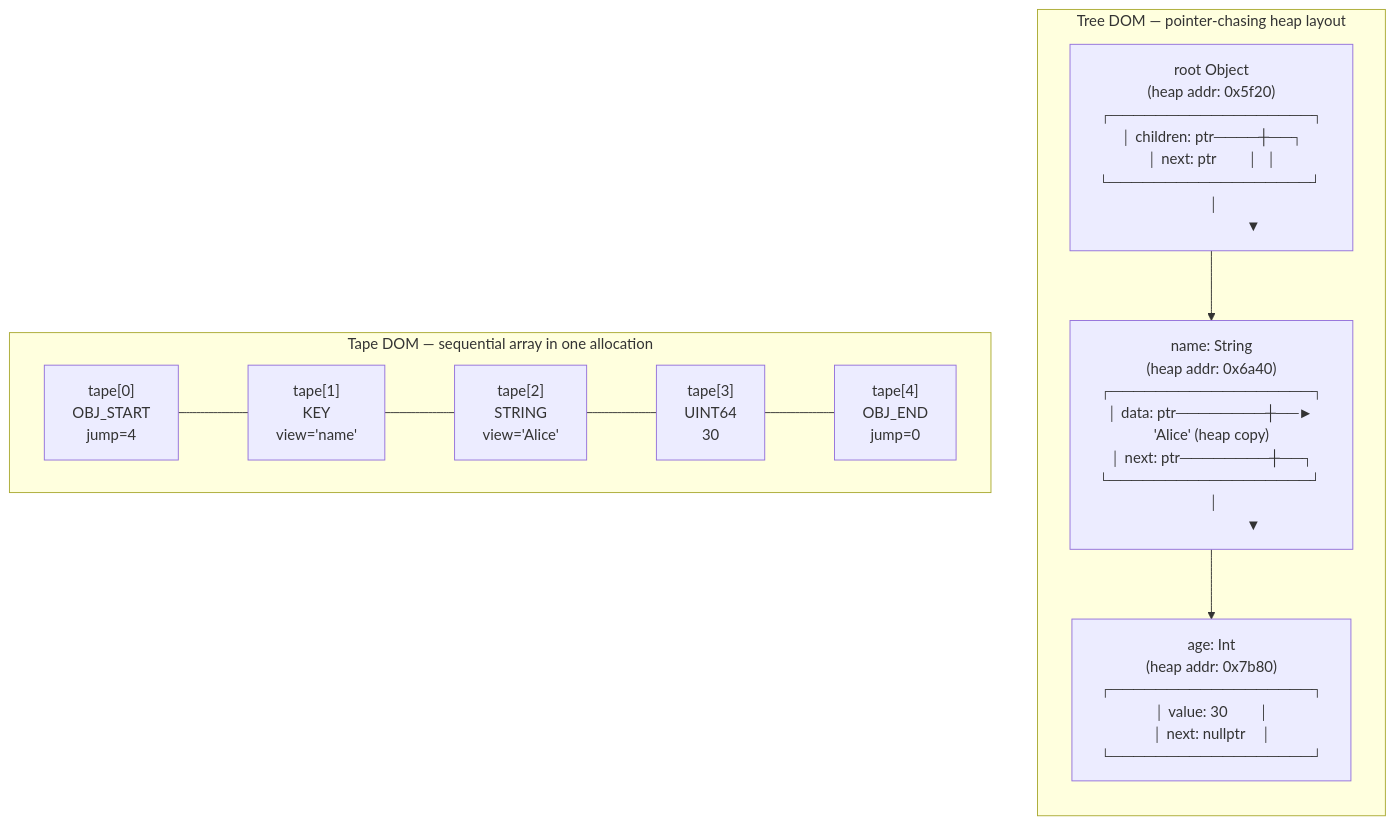
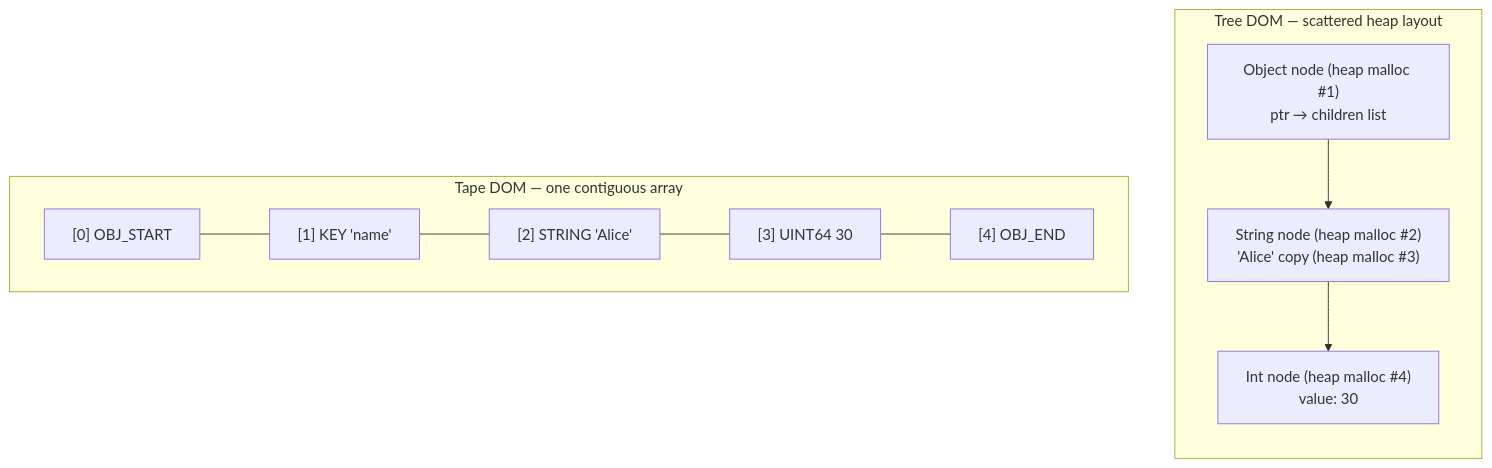
The first of 6 diagrams in docs/theory/architecture.md (the-lkb/beast-json), drawn with Mermaid before and after one commit. The commit also changed other lines of this file and 4 other files, not shown here.

````diff
--- a/docs/theory/architecture.md
+++ b/docs/theory/architecture.md
@@ -11,20 +11,20 @@
 ```mermaid
 flowchart TB
-    subgraph TREE["Tree DOM — pointer-chasing heap layout"]
+    subgraph TREE["Tree DOM — scattered heap layout"]
         direction TB
-        ROOT["root Object\n(heap addr: 0x5f20)\n┌──────────────────┐\n│ children: ptr────┼──┐\n│ next: ptr        │  │\n└──────────────────┘  │\n                      ▼"]
-        N1["name: String\n(heap addr: 0x6a40)\n┌──────────────────┐\n│ data: ptr────────┼──► 'Alice' (heap copy)\n│ next: ptr────────┼──┐\n└──────────────────┘  │\n                      ▼"]
-        N2["age: Int\n(heap addr: 0x7b80)\n┌──────────────────┐\n│ value: 30        │\n│ next: nullptr    │\n└──────────────────┘"]
+        ROOT["Object node (heap malloc #1)<br/>ptr → children list"]
+        N1["String node (heap malloc #2)<br/>'Alice' copy (heap malloc #3)"]
+        N2["Int node (heap malloc #4)<br/>value: 30"]
         ROOT --> N1 --> N2
     end
 
-    subgraph TAPE["Tape DOM — sequential array in one allocation"]
+    subgraph TAPE["Tape DOM — one contiguous array"]
         direction LR
-        T0["tape[0]\nOBJ_START\njump=4"]
-        T1["tape[1]\nKEY\nview='name'"]
-        T2["tape[2]\nSTRING\nview='Alice'"]
-        T3["tape[3]\nUINT64\n30"]
-        T4["tape[4]\nOBJ_END\njump=0"]
+        T0["[0] OBJ_START"]
+        T1["[1] KEY 'name'"]
+        T2["[2] STRING 'Alice'"]
+        T3["[3] UINT64 30"]
+        T4["[4] OBJ_END"]
         T0 --- T1 --- T2 --- T3 --- T4
     end
 ```
````
